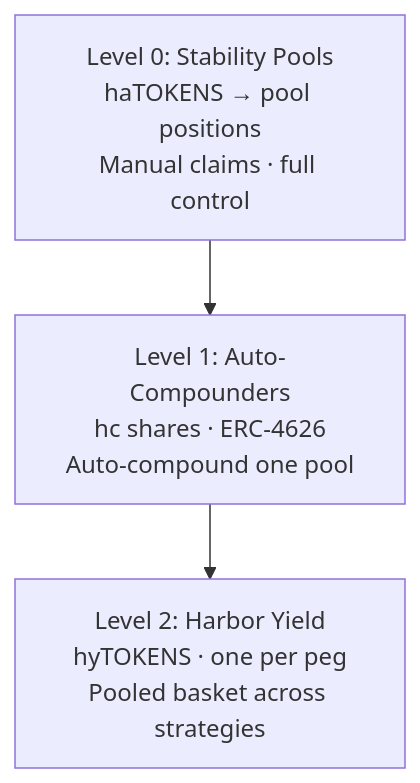
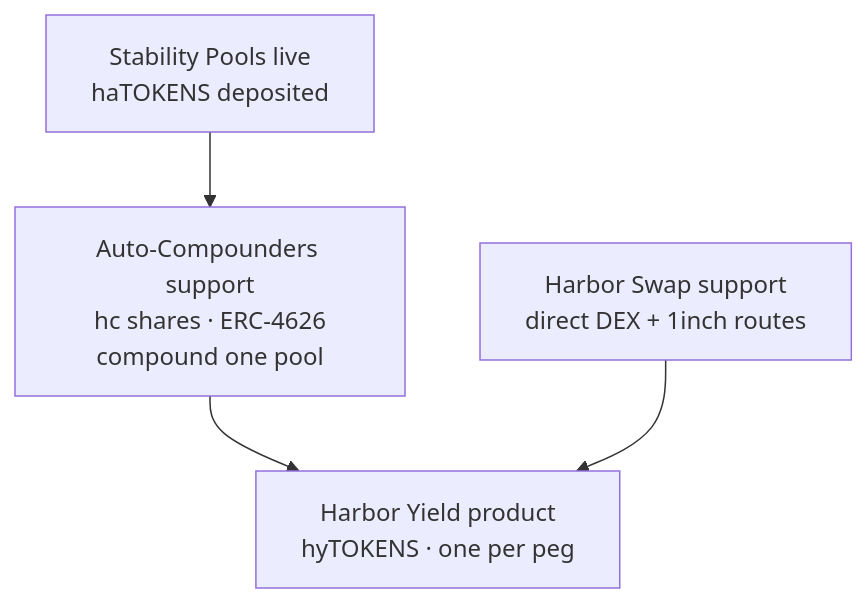
One commit to baofinance/harbor-docs changed the diagram in docs/harbor-yield.md. Above: the diagram before and after it, drawn with Mermaid. The commit also changed other lines of this file and 1 other file, not shown here.

First line of the commit message:
docs: frame auto-compounders as hyTOKEN support layer

````diff
--- a/docs/harbor-yield.md
+++ b/docs/harbor-yield.md
@@ -23,7 +23,9 @@
 ```mermaid
 flowchart TD
-  L0["Level 0: Stability Pools<br/>haTOKENS → pool positions<br/>Manual claims · full control"]
-  L1["Level 1: Auto-Compounders<br/>hc shares · ERC-4626<br/>Auto-compound one pool"]
-  L2["Level 2: Harbor Yield<br/>hyTOKENS · one per peg<br/>Pooled basket across strategies"]
-  L0 --> L1 --> L2
+  L0["Stability Pools live<br/>haTOKENS deposited"]
+  AC["Auto-Compounders support<br/>hc shares · ERC-4626<br/>compound one pool"]
+  Swap["Harbor Swap support<br/>direct DEX + 1inch routes"]
+  HY["Harbor Yield product<br/>hyTOKENS · one per peg"]
+  L0 --> AC --> HY
+  Swap --> HY
 ```
````
